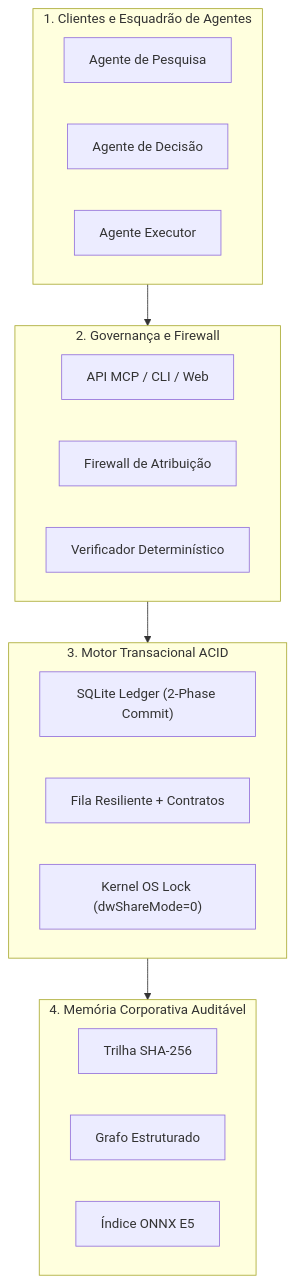
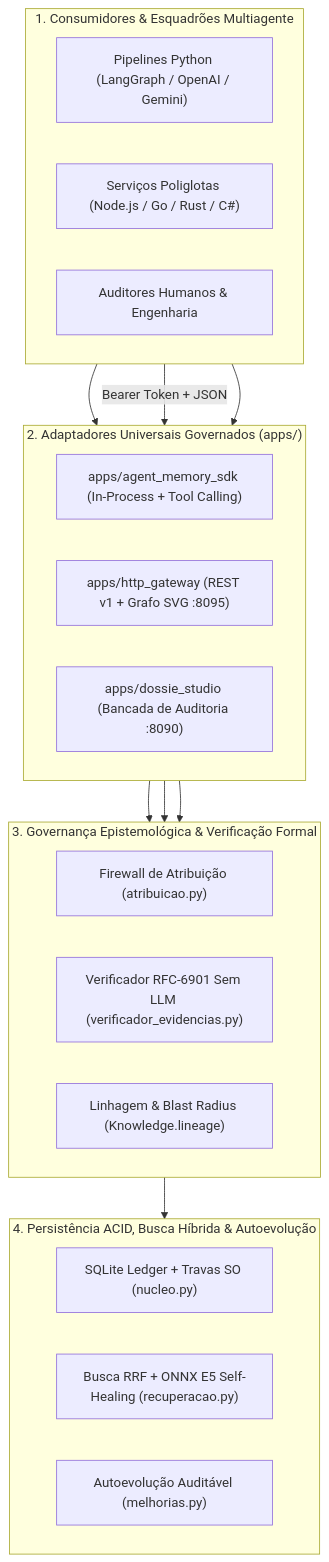
One commit to leoguimaraes49/epistemic-memory-core changed the second of 3 diagrams in README.md. Above: the diagram before and after it, drawn with Mermaid. The commit also changed other lines of this file and 30 other files, not shown here.

````diff
--- a/README.md
+++ b/README.md
@@ -98,34 +106,38 @@
 ```mermaid
 flowchart TD
-    subgraph Squad ["1. Clientes e Esquadrão de Agentes"]
+    subgraph Consumers ["1. Consumidores & Esquadrões Multiagente"]
         direction LR
-        A1["Agente de Pesquisa"]
-        A2["Agente de Decisão"]
-        A3["Agente Executor"]
+        PyAgents["Pipelines Python (LangGraph / OpenAI / Gemini)"]
+        Polyglot["Serviços Poliglotas (Node.js / Go / Rust / C#)"]
+        Auditors["Auditores Humanos & Engenharia"]
     end
 
-    subgraph Gateway ["2. Governança e Firewall"]
+    subgraph Adapters ["2. Adaptadores Universais Governados (apps/)"]
         direction LR
-        API["API MCP / CLI / Web"]
-        Firewall["Firewall de Atribuição"]
-        Verif["Verificador Determinístico"]
+        SDK["apps/agent_memory_sdk (In-Process + Tool Calling)"]
+        HTTPGW["apps/http_gateway (REST v1 + Grafo SVG :8095)"]
+        Studio["apps/dossie_studio (Bancada de Auditoria :8090)"]
     end
 
-    subgraph Core ["3. Motor Transacional ACID"]
+    subgraph FirewallLayer ["3. Governança Epistemológica & Verificação Formal"]
         direction LR
-        Ledger["SQLite Ledger (2-Phase Commit)"]
-        Queue["Fila Resiliente + Contratos"]
-        Lock["Kernel OS Lock (dwShareMode=0)"]
+        FW["Firewall de Atribuição (atribuicao.py)"]
+        Verifier["Verificador RFC-6901 Sem LLM (verificador_evidencias.py)"]
+        Lineage["Linhagem & Blast Radius (Knowledge.lineage)"]
     end
 
-    subgraph Storage ["4. Memória Corporativa Auditável"]
+    subgraph CoreEngine ["4. Persistência ACID, Busca Híbrida & Autoevolução"]
         direction LR
-        Audit["Trilha SHA-256"]
-        Graph["Grafo Estruturado"]
-        Vec["Índice ONNX E5"]
+        Ledger["SQLite Ledger + Travas SO (nucleo.py)"]
+        Hybrid["Busca RRF + ONNX E5 Self-Healing (recuperacao.py)"]
+        EvoLab["Autoevolução Auditável (melhorias.py)"]
     end
 
-    Squad --> Gateway
-    Gateway --> Core
-    Core --> Storage
+    PyAgents --> SDK
+    Polyglot -->|"Bearer Token + JSON"| HTTPGW
+    Auditors --> Studio
+    SDK --> FirewallLayer
+    HTTPGW --> FirewallLayer
+    Studio --> FirewallLayer
+    FirewallLayer --> CoreEngine
 ```
````
